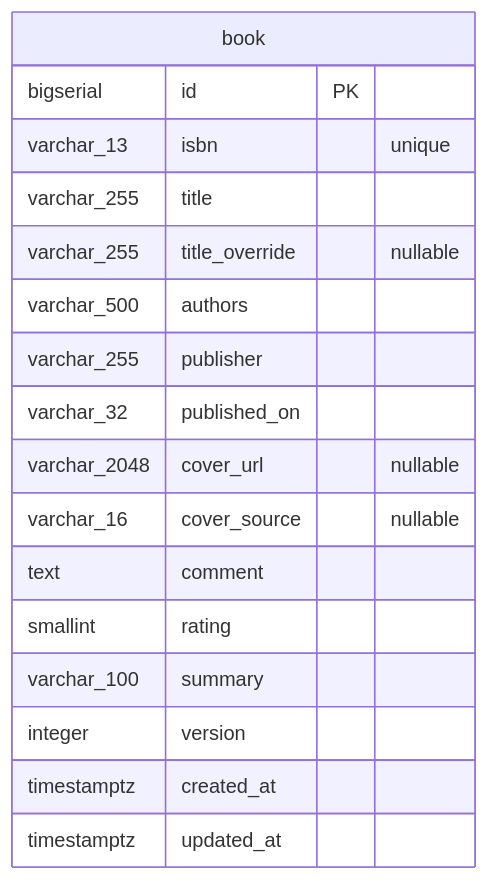
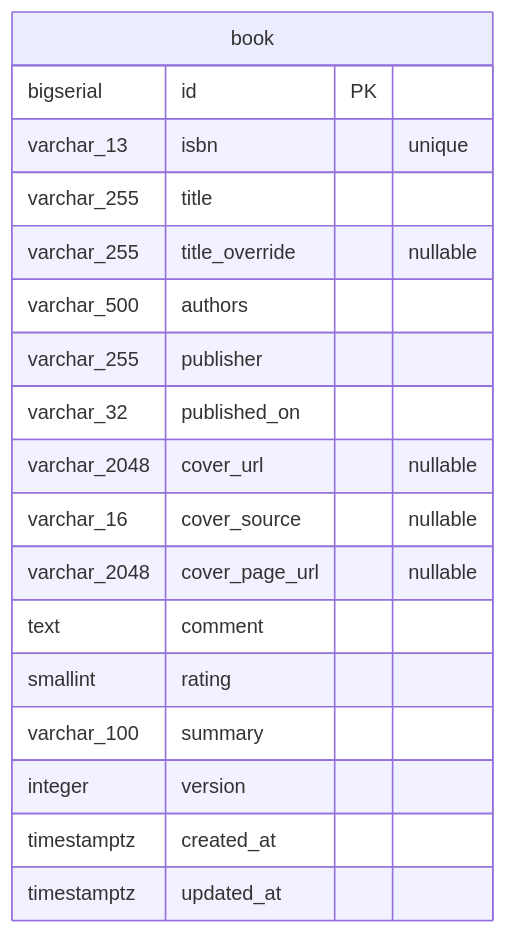
One commit to mrstsgk/book-management-system changed the first of 2 diagrams in docs/db/backend-schema.md. Above: the diagram before and after it, drawn with Mermaid. The commit also changed other lines of this file and 11 other files, not shown here.

````diff
--- a/docs/db/backend-schema.md
+++ b/docs/db/backend-schema.md
@@ -7,20 +7,21 @@
 ```mermaid
 erDiagram
     book {
         bigserial id PK
         varchar_13 isbn "unique"
         varchar_255 title
         varchar_255 title_override "nullable"
         varchar_500 authors
         varchar_255 publisher
         varchar_32 published_on
         varchar_2048 cover_url "nullable"
         varchar_16 cover_source "nullable"
+        varchar_2048 cover_page_url "nullable"
         text comment
         smallint rating
         varchar_100 summary
         integer version
         timestamptz created_at
         timestamptz updated_at
     }
 ```
````
